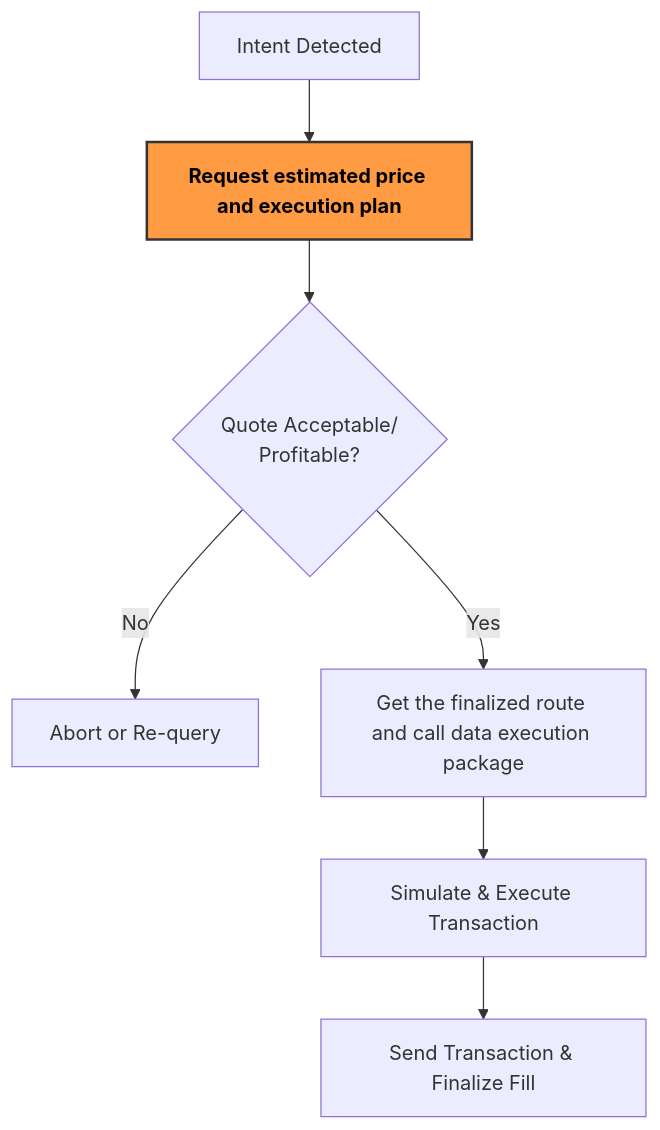
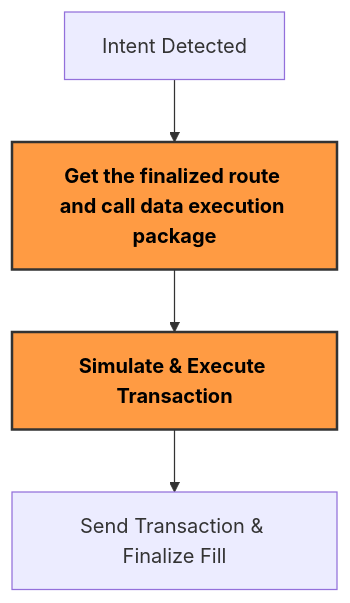
One commit to sprintertech/sprinter-sdk changed the diagram in docs/docs/03-Solve/index.md. Above: the diagram before and after it, drawn with Mermaid. The commit also changed 1 other file, not shown here.

Commit message:
adding sprinter solve router address

````diff
--- a/docs/docs/03-Solve/index.md
+++ b/docs/docs/03-Solve/index.md
@@ -22,13 +22,14 @@
 ```mermaid
 flowchart TD
-  A[Intent Detected] --> B[Request estimated price and execution plan]
-  B --> C{Quote Acceptable/<br>Profitable?}
-  C -- No --> D[Abort or Re-query]
-  C -- Yes --> E[Get the finalized route and call data execution package]
+  A[Intent Detected] -->
+  E[Get the finalized route and call data execution package]
   E --> F[Simulate & Execute Transaction]
   F --> G[Send Transaction & Finalize Fill]
 
 
-click B "solve-get-route-v2" "Borrow Quote"
-style B fill:#FF9B43,stroke:#333,stroke-width:2px,color:#000,font-weight:bold
+click E "solve-get-route-v2" "Borrow Quote"
+style E fill:#FF9B43,stroke:#333,stroke-width:2px,color:#000,font-weight:bold
+
+click F "solve-api-quick-start#4-send-transaction-using-swap_call_data" "Borrow Quote"
+style F fill:#FF9B43,stroke:#333,stroke-width:2px,color:#000,font-weight:bold
 ```
````
